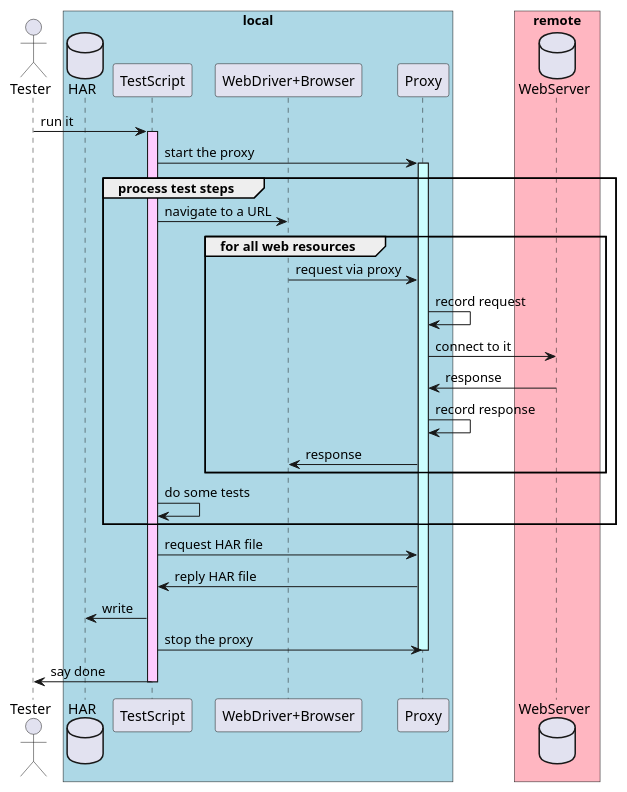
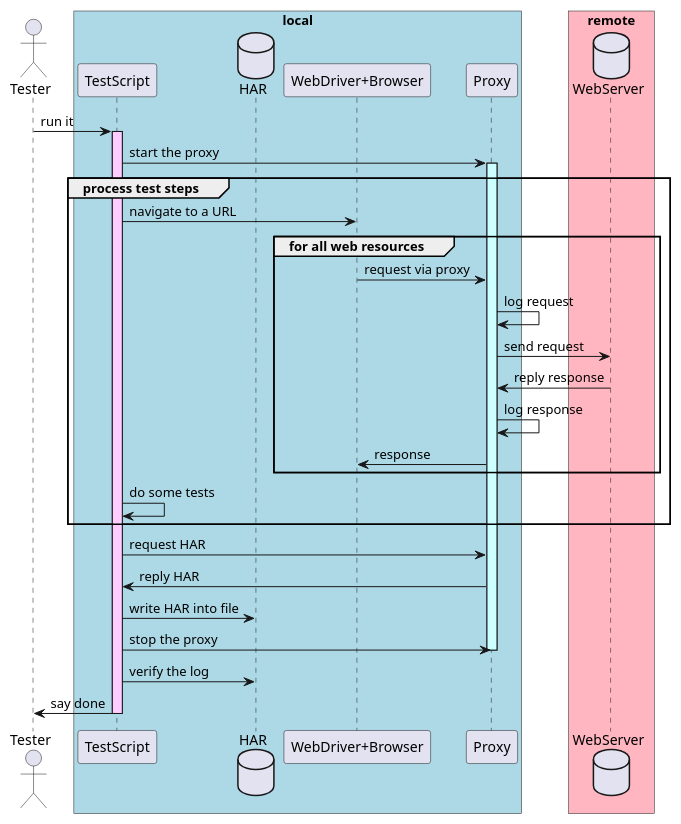
The diagram in docs/diagrams/src/sequence.pu (kazurayam/BrowserMobProxyInKatalonStudio), drawn with PlantUML before and after one commit. The commit also changed 5 other files, not shown here.

```diff
--- a/docs/diagrams/src/sequence.pu
+++ b/docs/diagrams/src/sequence.pu
@@ -1,36 +1,39 @@
 @startuml sequence
+
 actor       Tester     as tester
 box "local" #LightBlue
-database    HAR        as file
 participant TestScript as script
+database    HAR        as har
 participant "WebDriver+Browser" as browser
 participant Proxy      as proxy
 end box
+
 box "remote" #LightPink
 database    WebServer  as server
 end box
 
 tester   -> script     : run it
 activate script #FFccFF
 script   -> proxy      : start the proxy
 activate proxy #ccFFFF
 group process test steps
 script   -> browser    : navigate to a URL
 group for all web resources
 browser  -> proxy      : request via proxy
-proxy    -> proxy      : record request
-proxy    -> server     : connect to it
-server   -> proxy      : response
-proxy    -> proxy      : record response
+proxy    -> proxy      : log request
+proxy    -> server     : send request
+server   -> proxy      : reply response
+proxy    -> proxy      : log response
 proxy    -> browser    : response
 end
 script   -> script     : do some tests
 end
-script   -> proxy      : request HAR file
-proxy    -> script     : reply HAR file
-script   -> file       : write
+script   -> proxy      : request HAR
+proxy    -> script     : reply HAR
+script   -> har        : write HAR into file
 script   -> proxy      : stop the proxy
 deactivate proxy
+script   -> har        : verify the log
 script   -> tester     : say done
 deactivate script
 @enduml
```
